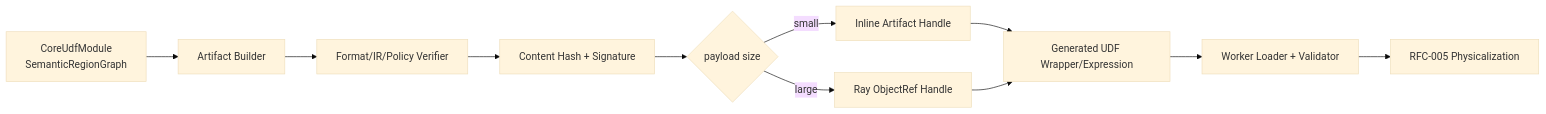
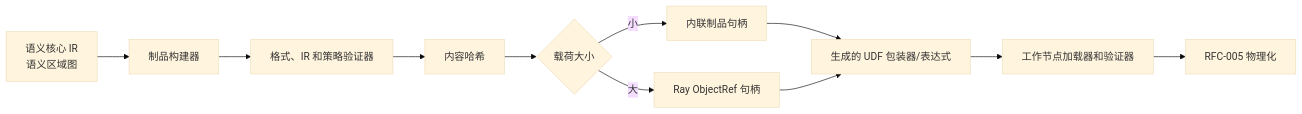
The diagram in docs/rfcs/RFC-004-portable-artifact.md (213start/python-udf-jit), drawn with Mermaid (base theme) before and after one commit. The commit also changed other lines of this file and 2 other files, not shown here.

First line of the commit message:
docs(protocol): define the first formal artifact contract

````diff
--- a/docs/rfcs/RFC-004-portable-artifact.md
+++ b/docs/rfcs/RFC-004-portable-artifact.md
@@ -72,13 +75,13 @@
 ```mermaid
 flowchart LR
-    CORE["CoreUdfModule<br/>SemanticRegionGraph"] --> BUILD["Artifact Builder"]
-    BUILD --> VERIFY["Format/IR/Policy Verifier"]
-    VERIFY --> HASH["Content Hash + Signature"]
-    HASH --> CHOICE{"payload size"}
-    CHOICE -->|"small"| INLINE["Inline Artifact Handle"]
-    CHOICE -->|"large"| OBJECT["Ray ObjectRef Handle"]
-    INLINE --> CARRIER["Generated UDF Wrapper/Expression"]
+    CORE["语义核心 IR<br/>语义区域图"] --> BUILD["制品构建器"]
+    BUILD --> VERIFY["格式、IR 和策略验证器"]
+    VERIFY --> HASH["内容哈希"]
+    HASH --> CHOICE{"载荷大小"}
+    CHOICE -->|"小"| INLINE["内联制品句柄"]
+    CHOICE -->|"大"| OBJECT["Ray ObjectRef 句柄"]
+    INLINE --> CARRIER["生成的 UDF 包装器/表达式"]
     OBJECT --> CARRIER
-    CARRIER --> LOADER["Worker Loader + Validator"]
-    LOADER --> PHYSICAL["RFC-005 Physicalization"]
+    CARRIER --> LOADER["工作节点加载器和验证器"]
+    LOADER --> PHYSICAL["RFC-005 物理化"]
 ```
````
